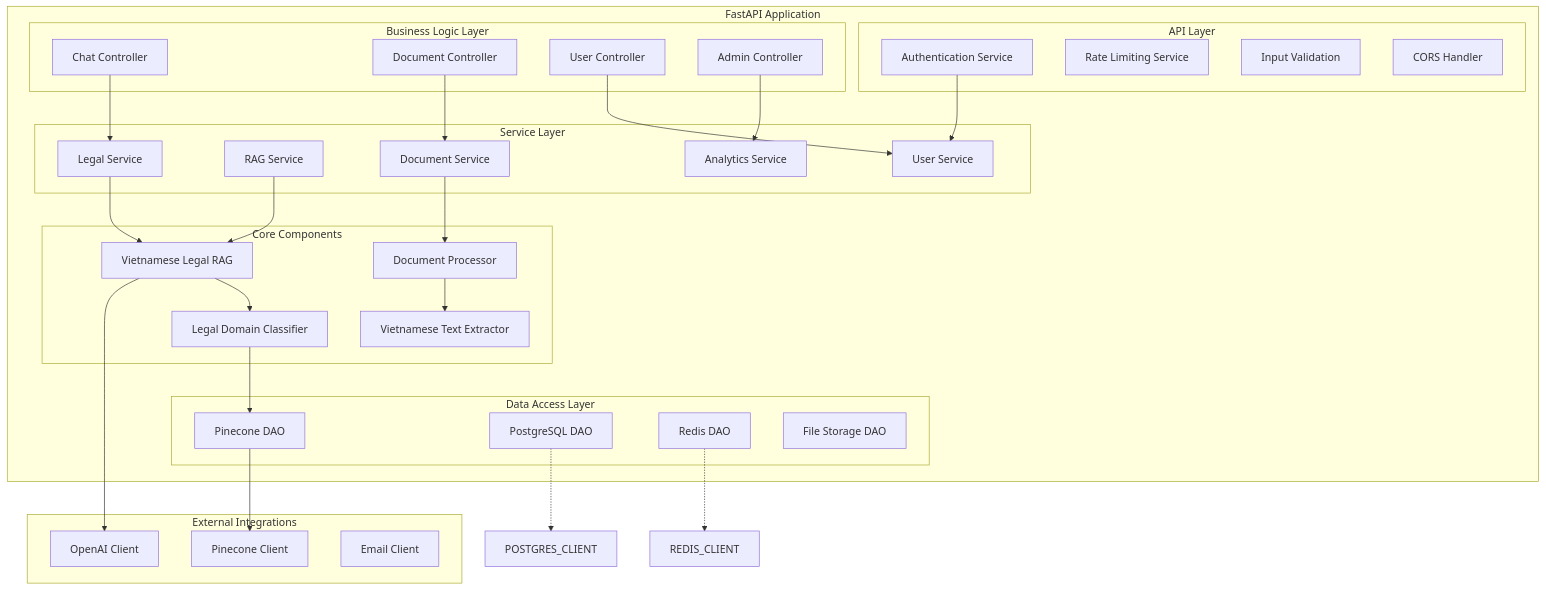
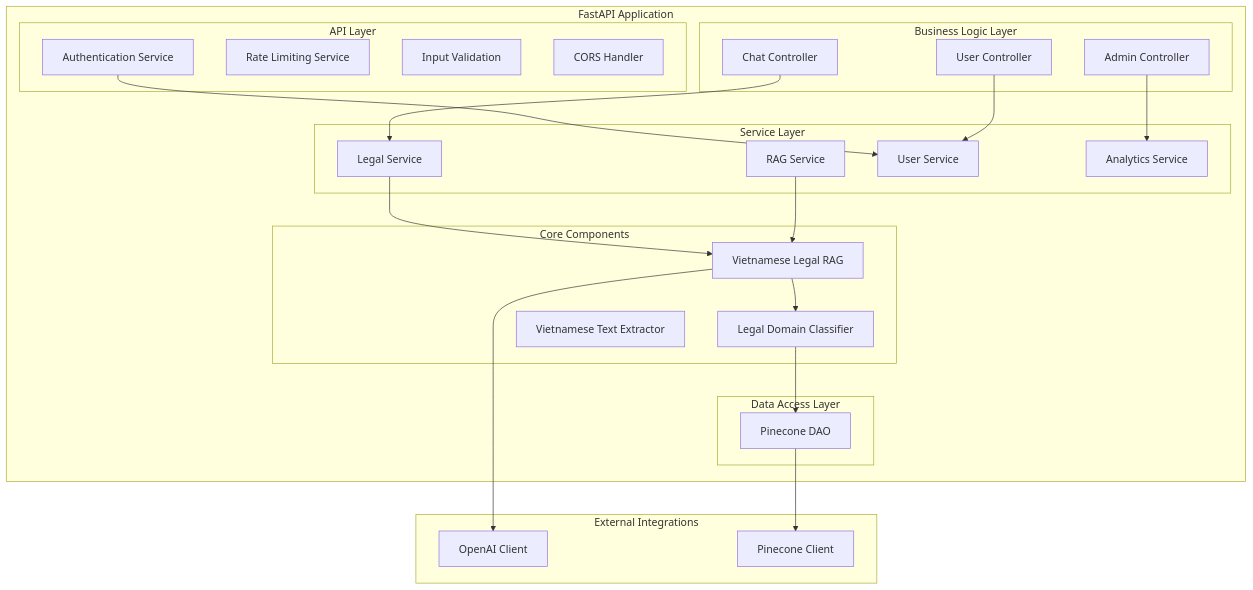
Before and after one commit to LePhuongPhuong/F1-Hackathon-CopilotTeam: the fourth of 15 diagrams in vietnamese_legal_chatbot/docs/system-architecture.md, drawn with Mermaid. The commit also changed other lines of this file and 15 other files, not shown here.

````diff
--- a/vietnamese_legal_chatbot/docs/system-architecture.md
+++ b/vietnamese_legal_chatbot/docs/system-architecture.md
@@ -182,65 +160,53 @@
 ```mermaid
 graph TB
     subgraph "FastAPI Application"
         subgraph "API Layer"
             AUTH[Authentication Service]
             RATE[Rate Limiting Service]
             VALID[Input Validation]
             CORS[CORS Handler]
         end
         
         subgraph "Business Logic Layer"
             CHAT[Chat Controller]
-            DOC[Document Controller]
             USER[User Controller]
             ADMIN[Admin Controller]
         end
         
         subgraph "Service Layer"
             LEGAL[Legal Service]
             RAGSERVICE[RAG Service]
-            DOCSERVICE[Document Service]
             USERSERVICE[User Service]
             ANALYTICS[Analytics Service]
         end
         
         subgraph "Core Components"
             RAG[Vietnamese Legal RAG]
-            PROCESSOR[Document Processor]
             CLASSIFIER[Legal Domain Classifier]
             EXTRACTOR[Vietnamese Text Extractor]
         end
         
         subgraph "Data Access Layer"
             PINECONE_DAO[Pinecone DAO]
-            POSTGRES_DAO[PostgreSQL DAO]
-            REDIS_DAO[Redis DAO]
-            FILE_DAO[File Storage DAO]
         end
     end
     
     subgraph "External Integrations"
         OPENAI_CLIENT[OpenAI Client]
         PINECONE_CLIENT[Pinecone Client]
-        EMAIL_CLIENT[Email Client]
     end
     
     AUTH --> USERSERVICE
     CHAT --> LEGAL
-    DOC --> DOCSERVICE
     USER --> USERSERVICE
     ADMIN --> ANALYTICS
     
     LEGAL --> RAG
     RAGSERVICE --> RAG
-    DOCSERVICE --> PROCESSOR
     
     RAG --> CLASSIFIER
     RAG --> OPENAI_CLIENT
-    PROCESSOR --> EXTRACTOR
     CLASSIFIER --> PINECONE_DAO
     
     PINECONE_DAO --> PINECONE_CLIENT
-    POSTGRES_DAO -.-> POSTGRES_CLIENT
-    REDIS_DAO -.-> REDIS_CLIENT
 ```
````
